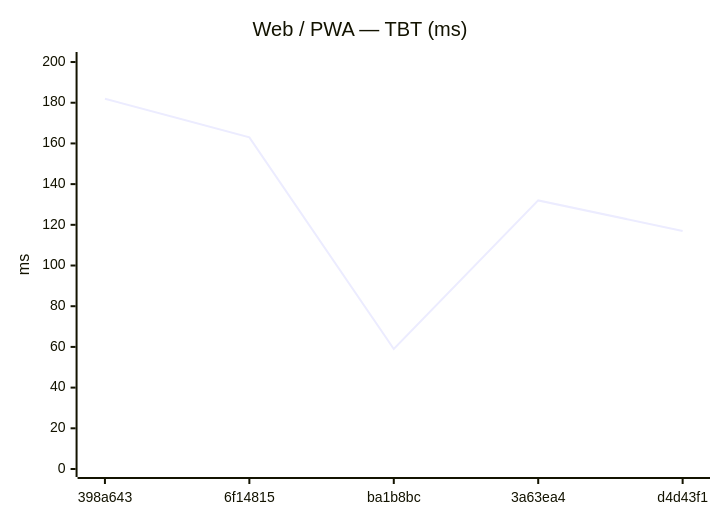
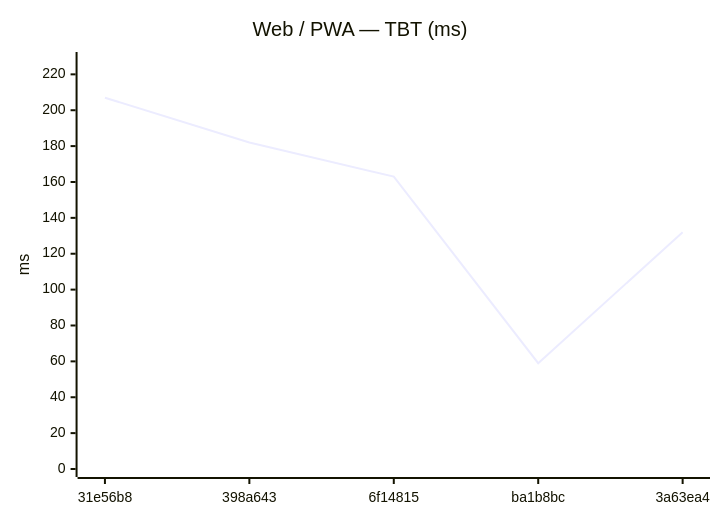
One commit to Metaheurist/Rianell changed the eighth of 18 diagrams in benchmarks/compare.md. Above: the diagram before and after it, drawn with Mermaid. The commit also changed other lines of this file and 11 other files, not shown here.

````diff
--- a/benchmarks/compare.md
+++ b/benchmarks/compare.md
@@ -124,7 +124,7 @@
 ```mermaid
 xychart-beta
     title "Web / PWA — TBT (ms)"
-    x-axis ["398a643", "6f14815", "ba1b8bc", "3a63ea4", "d4d43f1"]
-    y-axis "ms" 0 --> 201
-    line [182, 163, 59, 132, 117]
+    x-axis ["31e56b8", "398a643", "6f14815", "ba1b8bc", "3a63ea4"]
+    y-axis "ms" 0 --> 228
+    line [207, 182, 163, 59, 132]
 ```
````
